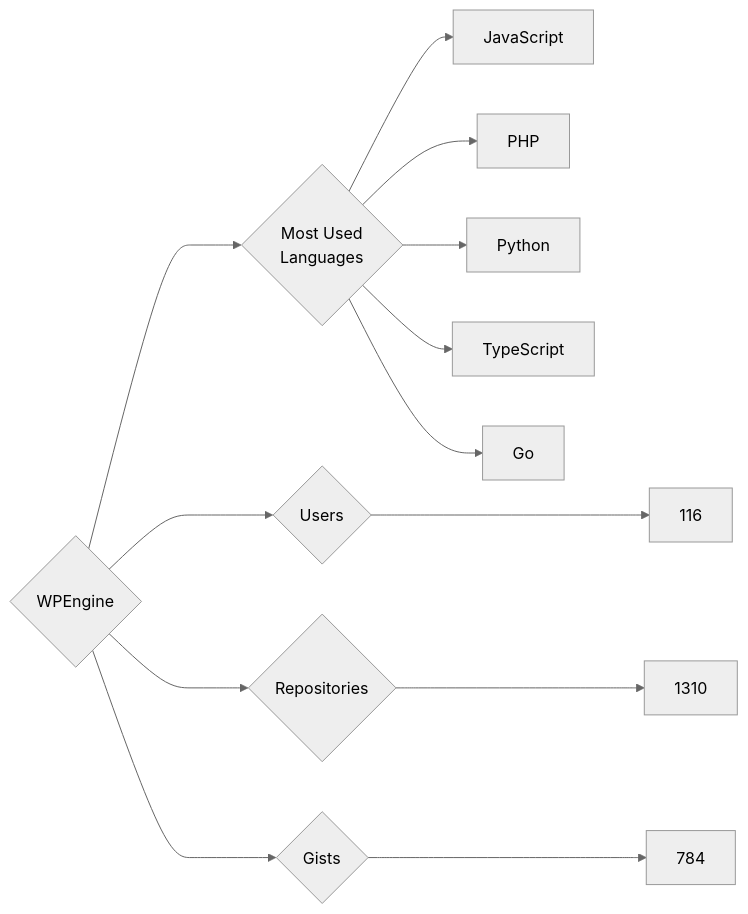
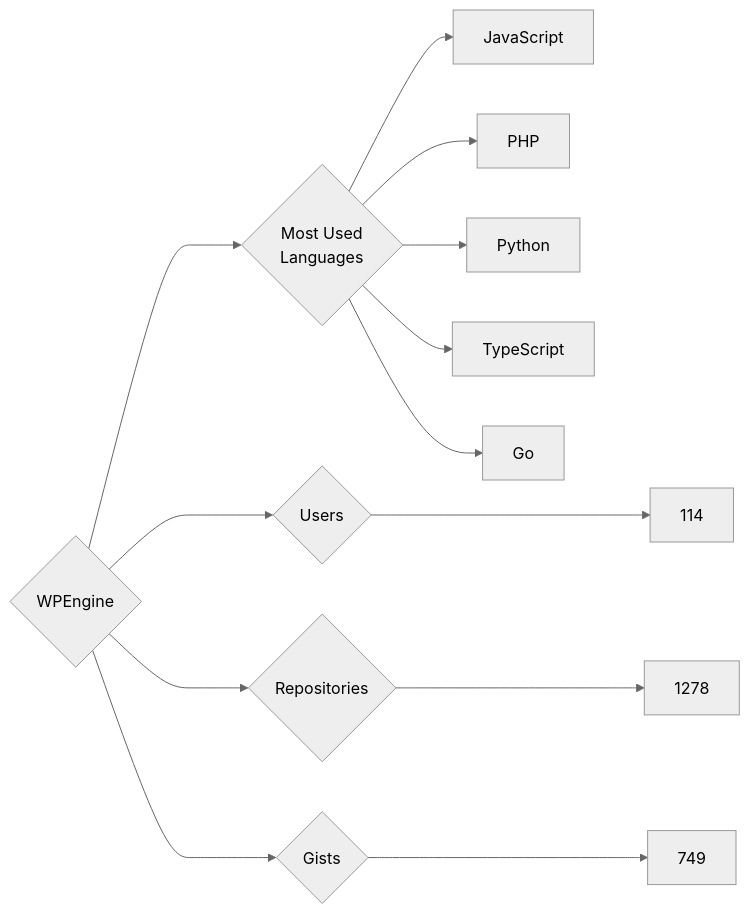
The diagram in targets/WPEngine/README.md (trickest/insiders), drawn with Mermaid (neutral theme) before and after one commit. The commit also changed 796 other files, not shown here.

````diff
--- a/targets/WPEngine/README.md
+++ b/targets/WPEngine/README.md
@@ -3,13 +3,13 @@
 ```mermaid
 graph LR
 COMPANY_NAME{WPEngine}
-COMPANY_NAME ---> U{Users} ---> UN[116]
-COMPANY_NAME ---> R{Repositories} ---> RN[1310]
-COMPANY_NAME ---> G{Gists} ---> GN[784]
+COMPANY_NAME ---> U{Users} ---> UN[114]
+COMPANY_NAME ---> R{Repositories} ---> RN[1278]
+COMPANY_NAME ---> G{Gists} ---> GN[749]
 COMPANY_NAME ---> ML{Most Used<br>Languages}
 ML --> JavaScript[JavaScript]
 ML --> PHP[PHP]
 ML --> Python[Python]
 ML --> TypeScript[TypeScript]
 ML --> Go[Go]
 ```
````
